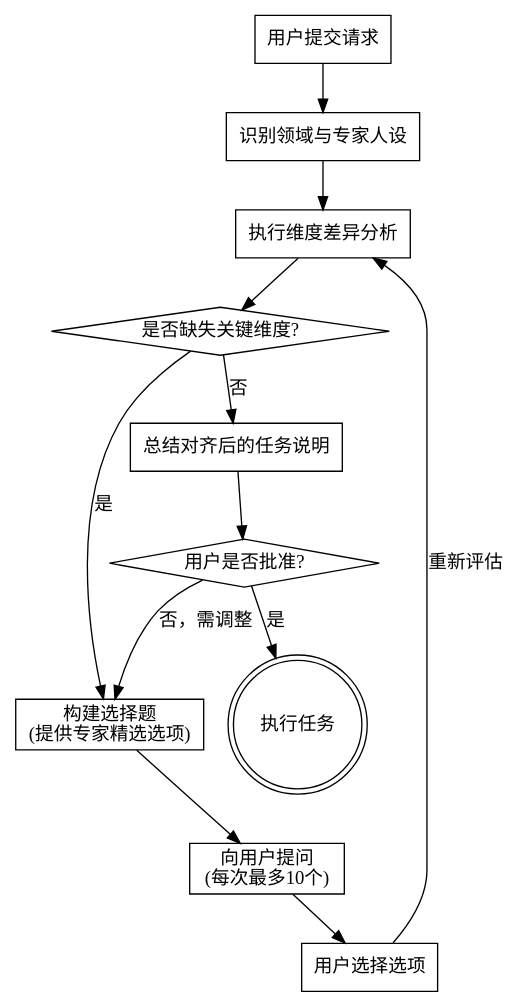
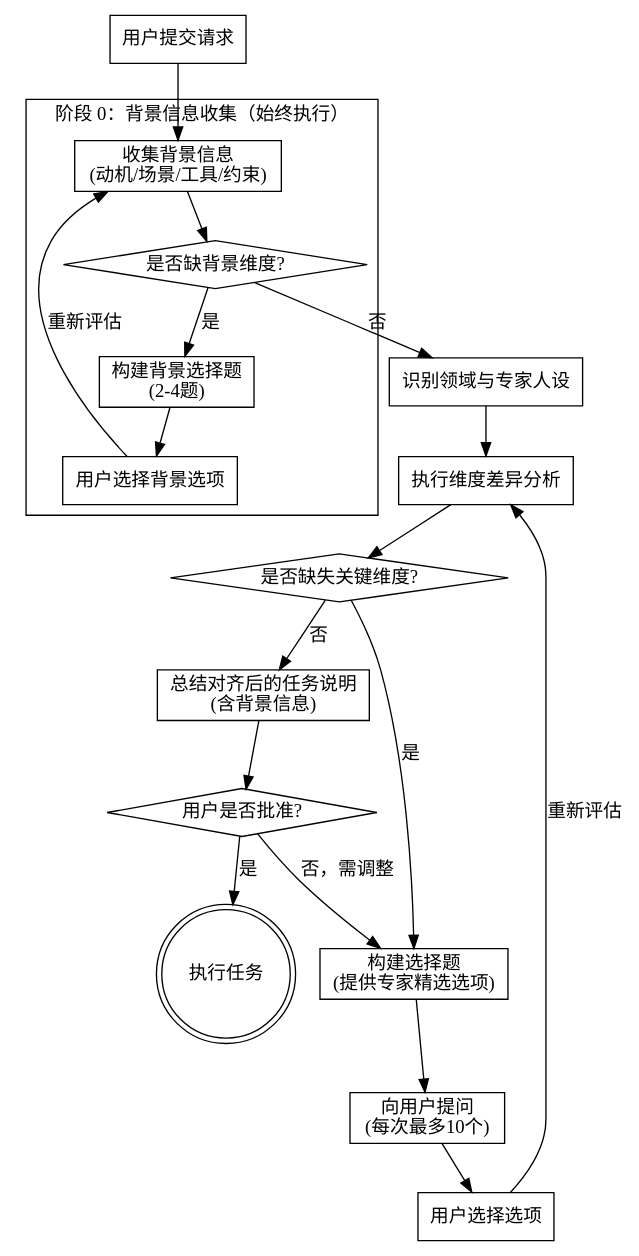
One commit to steelan9199/wechat-publisher changed the diagram in skills/expert-task-clarification/SKILL.md. Above: the diagram before and after it, drawn with Graphviz. The commit also changed other lines of this file, not shown here.

````diff
--- a/skills/expert-task-clarification/SKILL.md
+++ b/skills/expert-task-clarification/SKILL.md
@@ -34,31 +35,47 @@
 ```dot
 digraph task_clarification {
+    rankdir=TB;
     "用户提交请求" [shape=box];
+
+    subgraph cluster_background {
+        label="阶段 0：背景信息收集（始终执行）";
+        "收集背景信息\n(动机/场景/工具/约束)" [shape=box];
+        "是否缺背景维度?" [shape=diamond];
+        "构建背景选择题\n(2-4题)" [shape=box];
+        "用户选择背景选项" [shape=box];
+    }
+
     "识别领域与专家人设"[shape=box];
     "执行维度差异分析" [shape=box];
     "是否缺失关键维度?" [shape=diamond];
-    
+
     "构建选择题\n(提供专家精选选项)"[shape=box];
     "向用户提问\n(每次最多10个)" [shape=box];
     "用户选择选项" [shape=box];
-    
-    "总结对齐后的任务说明"[shape=box];
+
+    "总结对齐后的任务说明\n(含背景信息)"[shape=box];
     "用户是否批准?" [shape=diamond];
     "执行任务"[shape=doublecircle];
 
-    "用户提交请求" -> "识别领域与专家人设";
+    "用户提交请求" -> "收集背景信息\n(动机/场景/工具/约束)";
+    "收集背景信息\n(动机/场景/工具/约束)" -> "是否缺背景维度?";
+    "是否缺背景维度?" -> "构建背景选择题\n(2-4题)" [label="是"];
+    "构建背景选择题\n(2-4题)" -> "用户选择背景选项";
+    "用户选择背景选项" -> "收集背景信息\n(动机/场景/工具/约束)" [label="重新评估"];
+    "是否缺背景维度?" -> "识别领域与专家人设" [label="否"];
+
     "识别领域与专家人设" -> "执行维度差异分析";
     "执行维度差异分析" -> "是否缺失关键维度?";
-    
+
     "是否缺失关键维度?" -> "构建选择题\n(提供专家精选选项)" [label="是"];
     "构建选择题\n(提供专家精选选项)" -> "向用户提问\n(每次最多10个)";
     "向用户提问\n(每次最多10个)" -> "用户选择选项";
     "用户选择选项" -> "执行维度差异分析" [label="重新评估"];
-    
-    "是否缺失关键维度?" -> "总结对齐后的任务说明"[label="否"];
-    
-    "总结对齐后的任务说明" -> "用户是否批准?";
+
+    "是否缺失关键维度?" -> "总结对齐后的任务说明\n(含背景信息)"[label="否"];
+
+    "总结对齐后的任务说明\n(含背景信息)" -> "用户是否批准?";
     "用户是否批准?" -> "构建选择题\n(提供专家精选选项)"[label="否，需调整"];
     "用户是否批准?" -> "执行任务" [label="是"];
 }
 ```
````
